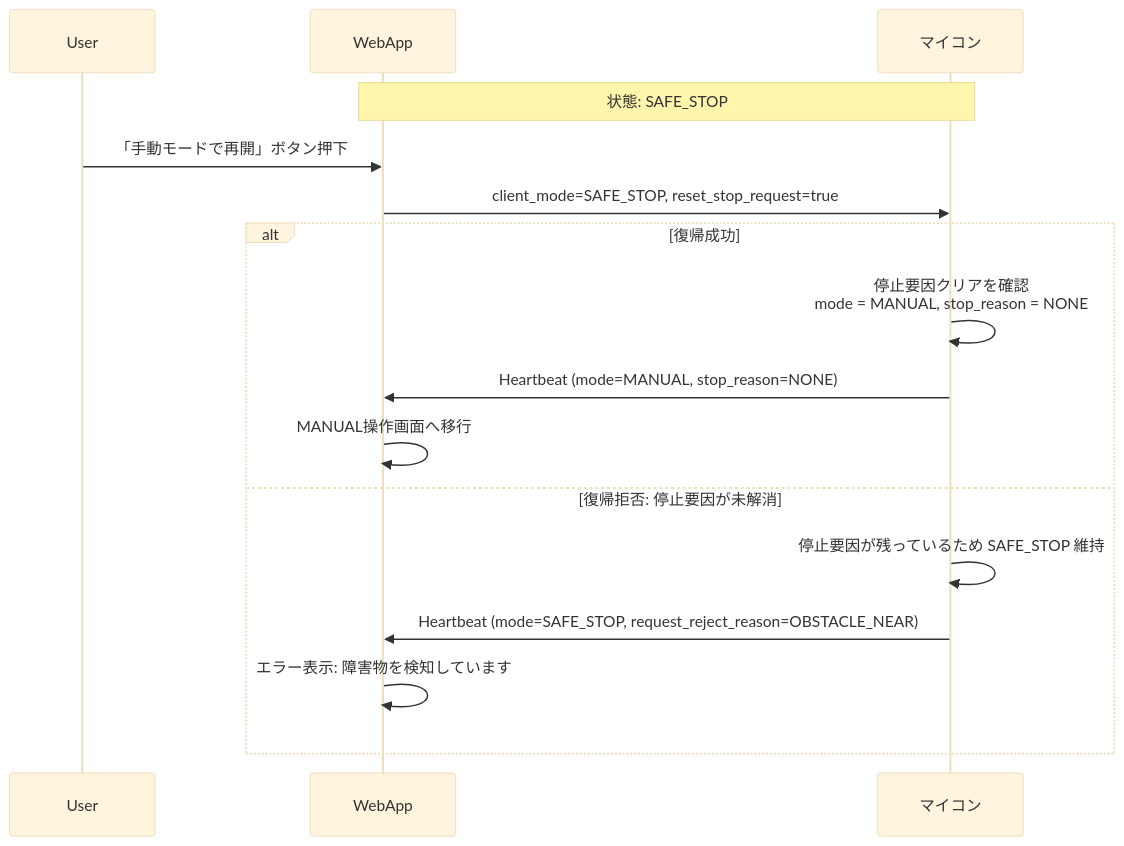
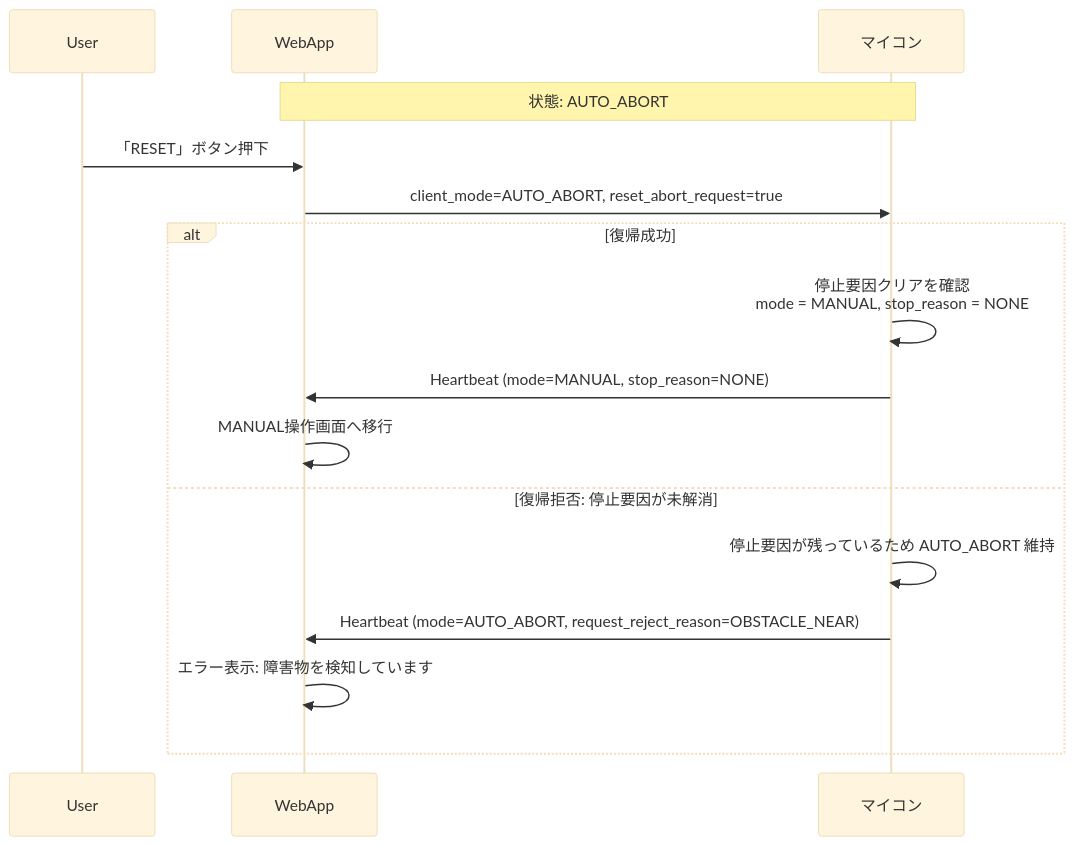
Before and after one commit to tut-cc/mini-4wd-webapp: the sixth of 7 diagrams in docs/sequences.md, drawn with Mermaid (base theme). The commit also changed other lines of this file and 16 other files, not shown here.

Commit message:
refactor: rename SAFE_STOP/EMERGENCY_STOP to AUTO_ABORT/MANUAL_ABORT and update docs

````diff
--- a/docs/sequences.md
+++ b/docs/sequences.md
@@ -197,22 +197,22 @@
 ```mermaid
 sequenceDiagram
     participant U as User
     participant W as WebApp
     participant M as マイコン
 
-    Note over W, M: 状態: SAFE_STOP
+    Note over W, M: 状態: AUTO_ABORT
 
-    U->>W: 「手動モードで再開」ボタン押下
-    W->>M: client_mode=SAFE_STOP, reset_stop_request=true
+    U->>W: 「RESET」ボタン押下
+    W->>M: client_mode=AUTO_ABORT, reset_abort_request=true
 
     alt 復帰成功
         M->>M: 停止要因クリアを確認<br/>mode = MANUAL, stop_reason = NONE
         M->>W: Heartbeat (mode=MANUAL, stop_reason=NONE)
         W->>W: MANUAL操作画面へ移行
 
     else 復帰拒否: 停止要因が未解消
-        M->>M: 停止要因が残っているため SAFE_STOP 維持
-        M->>W: Heartbeat (mode=SAFE_STOP, request_reject_reason=OBSTACLE_NEAR)
+        M->>M: 停止要因が残っているため AUTO_ABORT 維持
+        M->>W: Heartbeat (mode=AUTO_ABORT, request_reject_reason=OBSTACLE_NEAR)
         W->>W: エラー表示: 障害物を検知しています
     end
 ```
````
